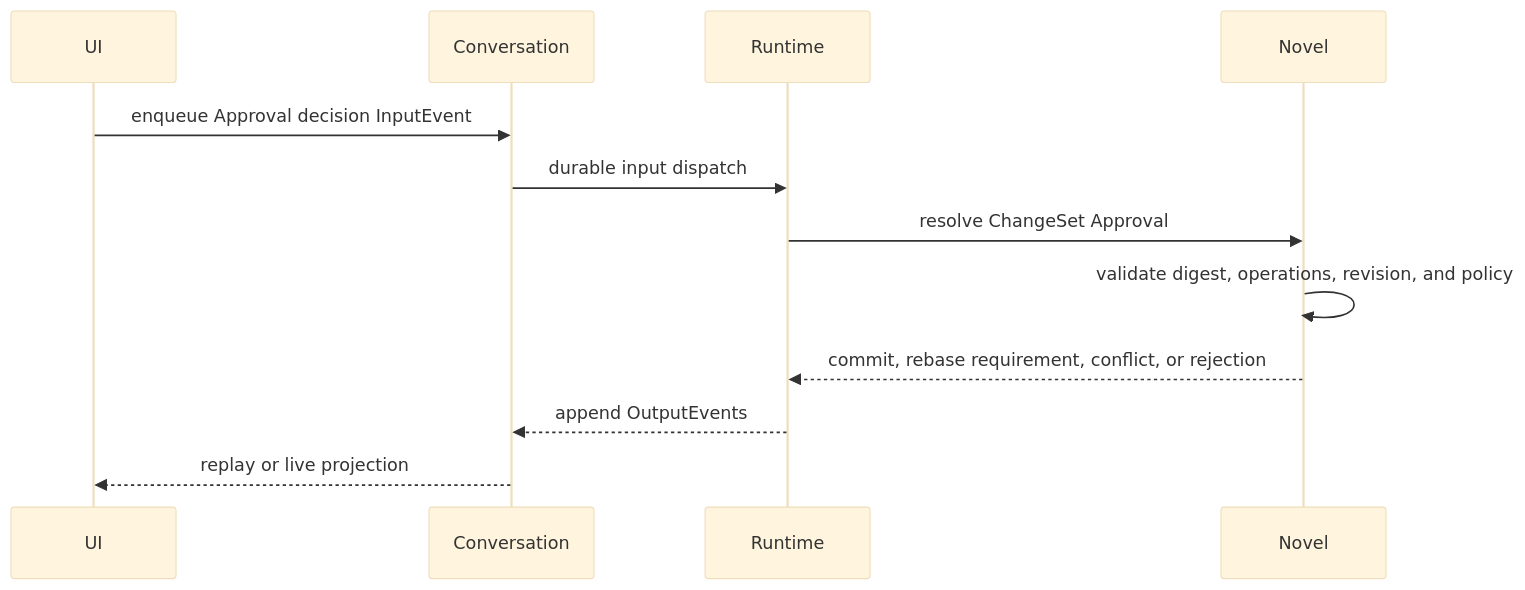
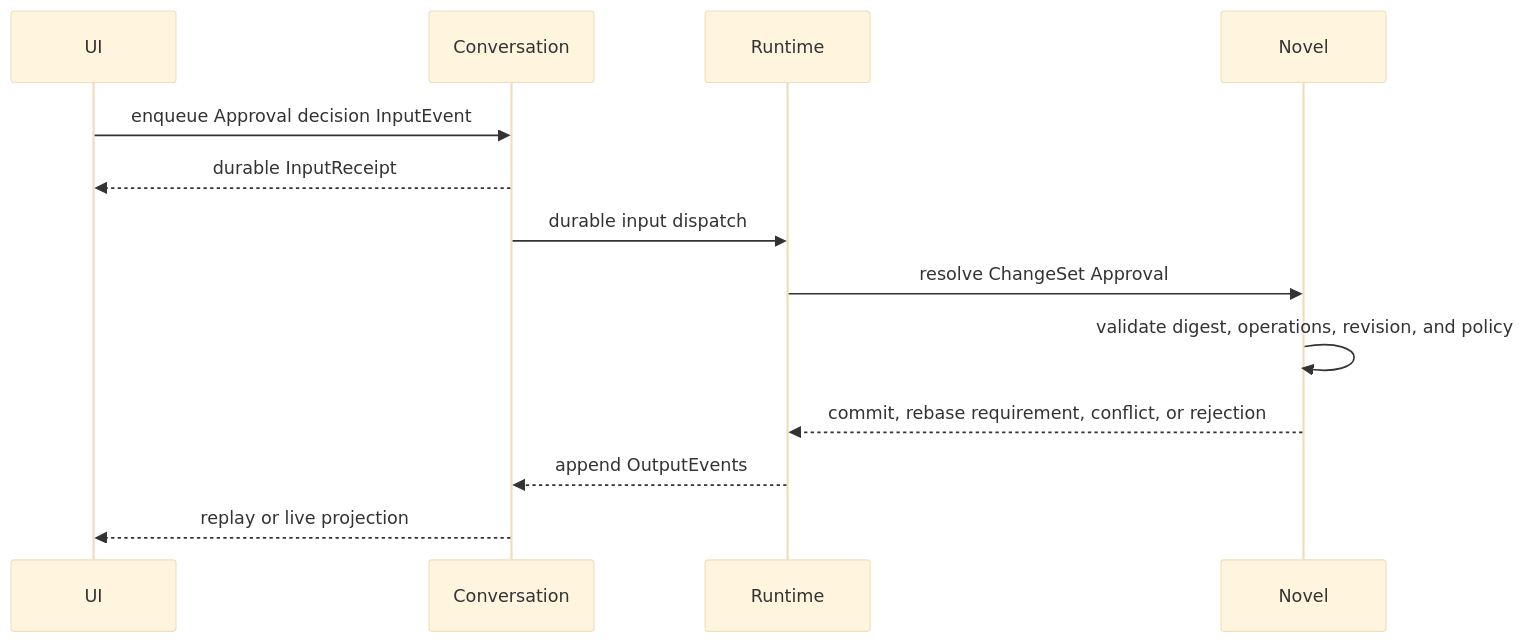
The ninth of 9 diagrams in docs/gui-implementation-architecture.md (fanghuarunbalala/nova-writing), drawn with Mermaid (base theme) before and after one commit. The commit also changed other lines of this file, not shown here.

````diff
--- a/docs/gui-implementation-architecture.md
+++ b/docs/gui-implementation-architecture.md
@@ -1047,15 +1100,16 @@
 ```mermaid
 sequenceDiagram
     participant UI
     participant Conversation
     participant Runtime
     participant Novel
 
     UI->>Conversation: enqueue Approval decision InputEvent
+    Conversation-->>UI: durable InputReceipt
     Conversation->>Runtime: durable input dispatch
     Runtime->>Novel: resolve ChangeSet Approval
     Novel->>Novel: validate digest, operations, revision, and policy
     Novel-->>Runtime: commit, rebase requirement, conflict, or rejection
     Runtime-->>Conversation: append OutputEvents
     Conversation-->>UI: replay or live projection
 ```
````
